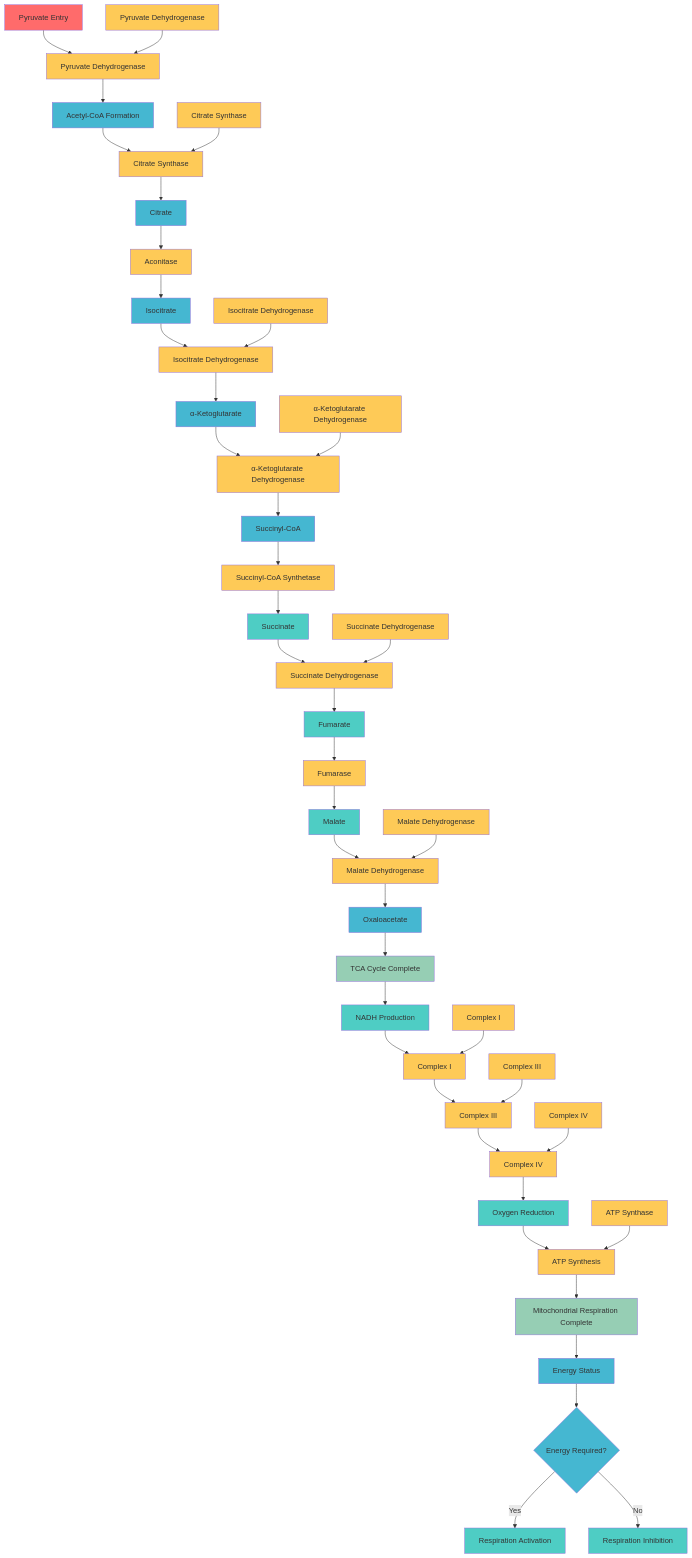
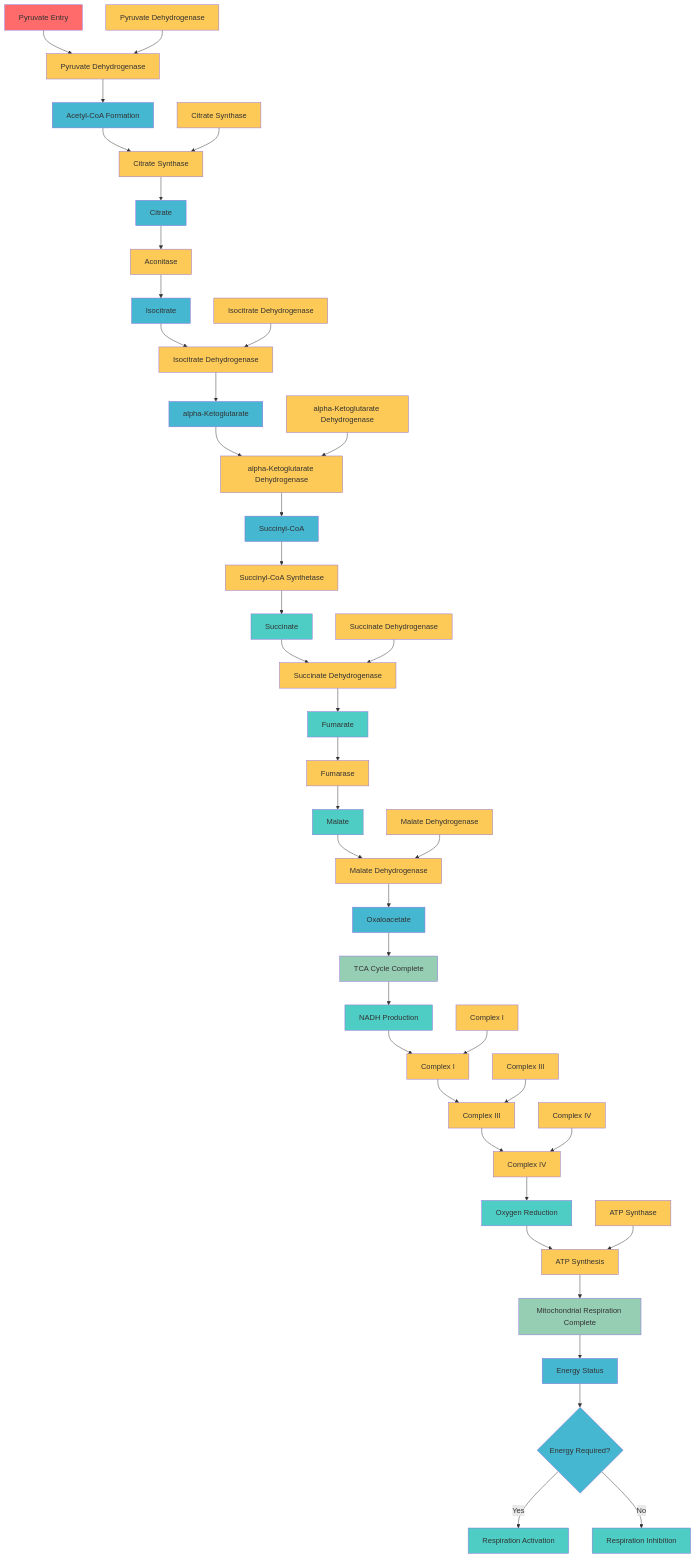
Before and after one commit to garywelz/glmp: the diagram in old_junk_files/batch5_08_mitochondrial_respiration.mmd, drawn with Mermaid. The commit also changed 30 other files, not shown here.

Commit message:
Update greek letters and prime notation in multiple diagrams

```diff
--- a/old_junk_files/batch5_08_mitochondrial_respiration.mmd
+++ b/old_junk_files/batch5_08_mitochondrial_respiration.mmd
@@ -1,90 +1,90 @@
 graph TD
     A[Pyruvate Entry] --> B[Pyruvate Dehydrogenase]
     B --> C[Acetyl-CoA Formation]
     C --> D[Citrate Synthase]
     D --> E[Citrate]
     E --> F[Aconitase]
     F --> G[Isocitrate]
     G --> H[Isocitrate Dehydrogenase]
-    H --> I[α-Ketoglutarate]
-    I --> J[α-Ketoglutarate Dehydrogenase]
+    H --> I[alpha-Ketoglutarate]
+    I --> J[alpha-Ketoglutarate Dehydrogenase]
     J --> K[Succinyl-CoA]
     K --> L[Succinyl-CoA Synthetase]
     L --> M[Succinate]
     M --> N[Succinate Dehydrogenase]
     N --> O[Fumarate]
     O --> P[Fumarase]
     P --> Q[Malate]
     Q --> R[Malate Dehydrogenase]
     R --> S[Oxaloacetate]
     S --> T[TCA Cycle Complete]
     
     %% Electron Transport Chain
     T --> U[NADH Production]
     U --> V[Complex I]
     V --> W[Complex III]
     W --> X[Complex IV]
     X --> Y[Oxygen Reduction]
     Y --> Z[ATP Synthesis]
     Z --> AA[Mitochondrial Respiration Complete]
     
     %% Regulation
     AA --> BB[Energy Status]
     BB --> CC{Energy Required?}
     CC -->|Yes| DD[Respiration Activation]
     CC -->|No| EE[Respiration Inhibition]
     
     %% Key proteins
     FF[Pyruvate Dehydrogenase] --> B
     GG[Citrate Synthase] --> D
     HH[Isocitrate Dehydrogenase] --> H
-    II[α-Ketoglutarate Dehydrogenase] --> J
+    II[alpha-Ketoglutarate Dehydrogenase] --> J
     JJ[Succinate Dehydrogenase] --> N
     KK[Malate Dehydrogenase] --> R
     LL[Complex I] --> V
     MM[Complex III] --> W
     NN[Complex IV] --> X
     OO[ATP Synthase] --> Z
     
     %% Styling
     style A fill:#ff6b6b
     style B fill:#feca57
     style C fill:#45b7d1
     style D fill:#feca57
     style E fill:#45b7d1
     style F fill:#feca57
     style G fill:#45b7d1
     style H fill:#feca57
     style I fill:#45b7d1
     style J fill:#feca57
     style K fill:#45b7d1
     style L fill:#feca57
     style M fill:#4ecdc4
     style N fill:#feca57
     style O fill:#4ecdc4
     style P fill:#feca57
     style Q fill:#4ecdc4
     style R fill:#feca57
     style S fill:#45b7d1
     style T fill:#96ceb4
     style U fill:#4ecdc4
     style V fill:#feca57
     style W fill:#feca57
     style X fill:#feca57
     style Y fill:#4ecdc4
     style Z fill:#feca57
     style AA fill:#96ceb4
     style BB fill:#45b7d1
     style CC fill:#45b7d1
     style DD fill:#4ecdc4
     style EE fill:#4ecdc4
     style FF fill:#feca57
     style GG fill:#feca57
     style HH fill:#feca57
     style II fill:#feca57
     style JJ fill:#feca57
     style KK fill:#feca57
     style LL fill:#feca57
     style MM fill:#feca57
     style NN fill:#feca57
     style OO fill:#feca57
```
